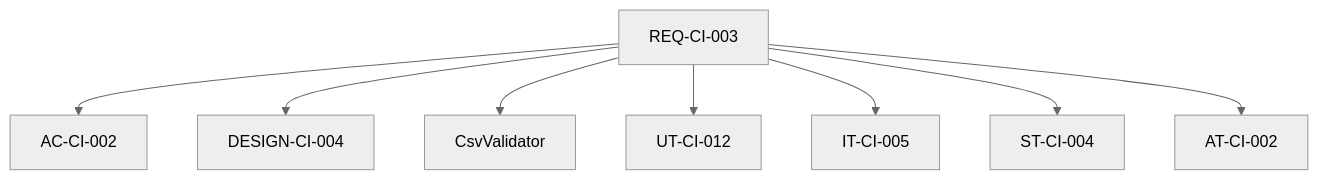
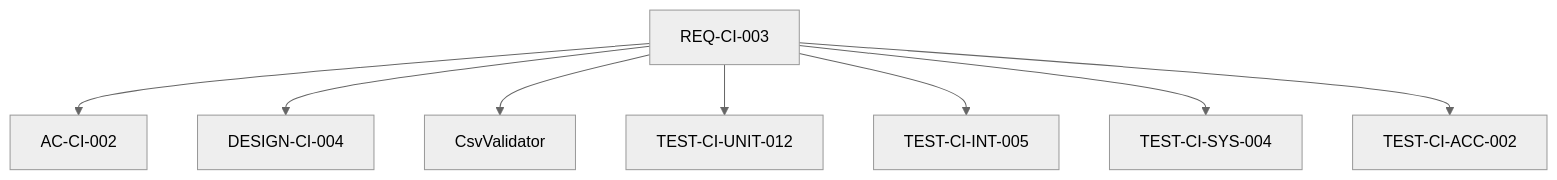
The sixth of 10 diagrams in AI_WModel_Development_Report.md (nekolife1984/W-Model), drawn with Mermaid (neutral theme) before and after one commit. The commit also changed other lines of this file, not shown here.

Commit message:
文書: テスト識別子を共通規約に統一 (#4)

````diff
--- a/AI_WModel_Development_Report.md
+++ b/AI_WModel_Development_Report.md
@@ -438,11 +438,11 @@
 ```mermaid
 flowchart TB
     R["REQ-CI-003"]
     R --> AC["AC-CI-002"]
     R --> D["DESIGN-CI-004"]
     R --> C["CsvValidator"]
-    R --> UT["UT-CI-012"]
-    R --> IT["IT-CI-005"]
-    R --> ST["ST-CI-004"]
-    R --> AT["AT-CI-002"]
+    R --> UT["TEST-CI-UNIT-012"]
+    R --> IT["TEST-CI-INT-005"]
+    R --> ST["TEST-CI-SYS-004"]
+    R --> AT["TEST-CI-ACC-002"]
 ```
````
